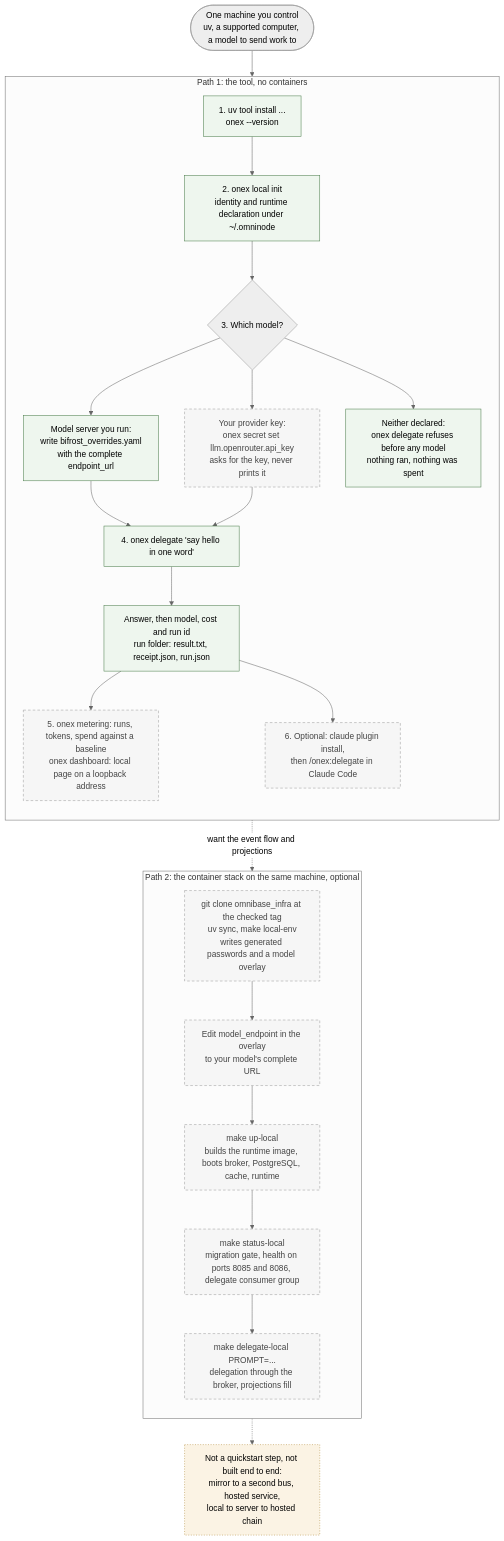
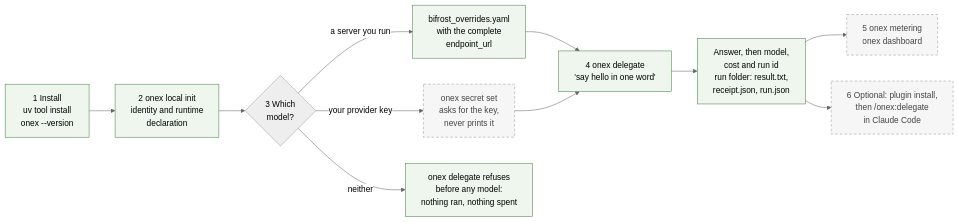
Before and after one commit to OmniNode-ai/knowledge_base: the first of 2 diagrams in guides/self-hosted-quickstart.md, drawn with Mermaid (neutral theme). The commit also changed other lines of this file, not shown here.

Commit message:
docs: draw the quickstart as two left-to-right flows, one per path

````diff
--- a/guides/self-hosted-quickstart.md
+++ b/guides/self-hosted-quickstart.md
@@ -44,40 +46,17 @@
 ```mermaid
-flowchart TD
-  start(["One machine you control<br/>uv, a supported computer, a model to send work to"]) --> i1
-  subgraph p1["Path 1: the tool, no containers"]
-    direction TB
-    i1["1. uv tool install ...<br/>onex --version"]
-    i2["2. onex local init<br/>identity and runtime declaration under ~/.omninode"]
-    d{"3. Which model?"}
-    m1["Model server you run:<br/>write bifrost_overrides.yaml<br/>with the complete endpoint_url"]
-    m2["Your provider key:<br/>onex secret set llm.openrouter.api_key<br/>asks for the key, never prints it"]
-    refuse["Neither declared:<br/>onex delegate refuses before any model<br/>nothing ran, nothing was spent"]
-    dl["4. onex delegate 'say hello in one word'"]
-    rec["Answer, then model, cost and run id<br/>run folder: result.txt, receipt.json, run.json"]
-    met["5. onex metering: runs, tokens, spend against a baseline<br/>onex dashboard: local page on a loopback address"]
-    plug["6. Optional: claude plugin install,<br/>then /onex:delegate in Claude Code"]
-    i1 --> i2 --> d
-    d --> m1 --> dl
-    d --> m2 --> dl
-    d --> refuse
-    dl --> rec --> met
-    rec --> plug
-  end
-  subgraph p2["Path 2: the container stack on the same machine, optional"]
-    direction TB
-    c1["git clone omnibase_infra at the checked tag<br/>uv sync, make local-env<br/>writes generated passwords and a model overlay"]
-    c2["Edit model_endpoint in the overlay<br/>to your model's complete URL"]
-    c3["make up-local<br/>builds the runtime image, boots broker, PostgreSQL, cache, runtime"]
-    c4["make status-local<br/>migration gate, health on ports 8085 and 8086, delegate consumer group"]
-    c5["make delegate-local PROMPT=...<br/>delegation through the broker, projections fill"]
-    c1 --> c2 --> c3 --> c4 --> c5
-  end
-  rec -.->|"want the event flow and projections"| c1
-  c5 -.-> next["Not a quickstart step, not built end to end:<br/>mirror to a second bus, hosted service,<br/>local to server to hosted chain"]
+flowchart LR
+  i1["1 Install<br/>uv tool install<br/>onex --version"] --> i2["2 onex local init<br/>identity and runtime<br/>declaration"]
+  i2 --> d{"3 Which<br/>model?"}
+  d -->|"a server you run"| m1["bifrost_overrides.yaml<br/>with the complete<br/>endpoint_url"]
+  d -->|"your provider key"| m2["onex secret set<br/>asks for the key,<br/>never prints it"]
+  d -->|"neither"| refuse["onex delegate refuses<br/>before any model:<br/>nothing ran, nothing spent"]
+  m1 --> dl["4 onex delegate<br/>'say hello in one word'"]
+  m2 --> dl
+  dl --> rec["Answer, then model,<br/>cost and run id<br/>run folder: result.txt,<br/>receipt.json, run.json"]
+  rec --> met["5 onex metering<br/>onex dashboard"]
+  rec --> plug["6 Optional: plugin install,<br/>then /onex:delegate<br/>in Claude Code"]
   classDef ran fill:#eef6ee,stroke:#4a7c4a;
   classDef read stroke-dasharray: 5 4,fill:#f6f6f6,color:#444;
-  classDef nb stroke-dasharray: 2 3,fill:#fbf3e4,stroke:#b08a3a;
   class i1,i2,m1,dl,rec,refuse ran;
-  class m2,met,plug,c1,c2,c3,c4,c5 read;
-  class next nb;
+  class m2,met,plug read;
 ```
````
